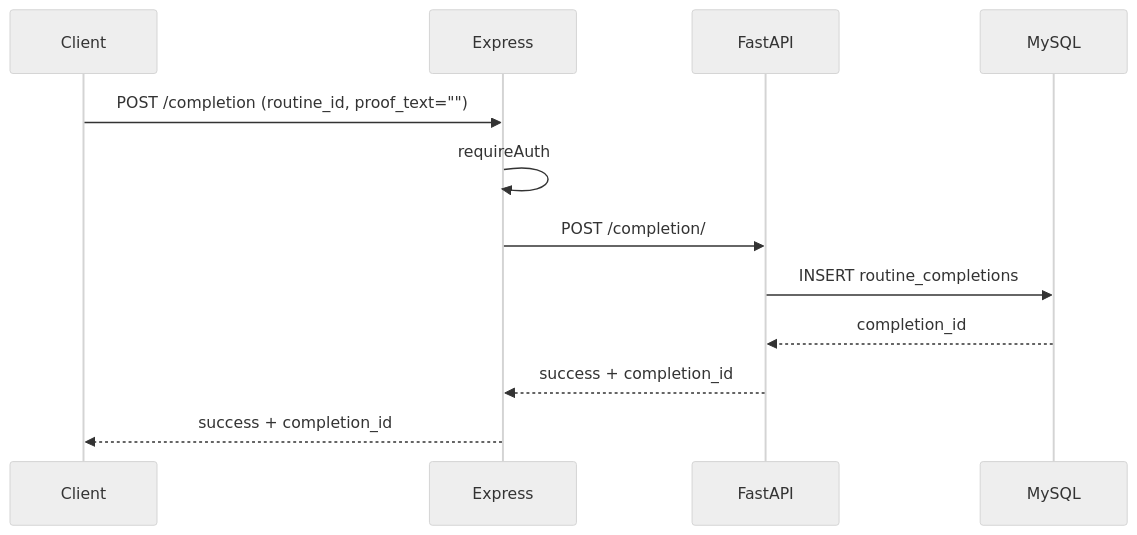
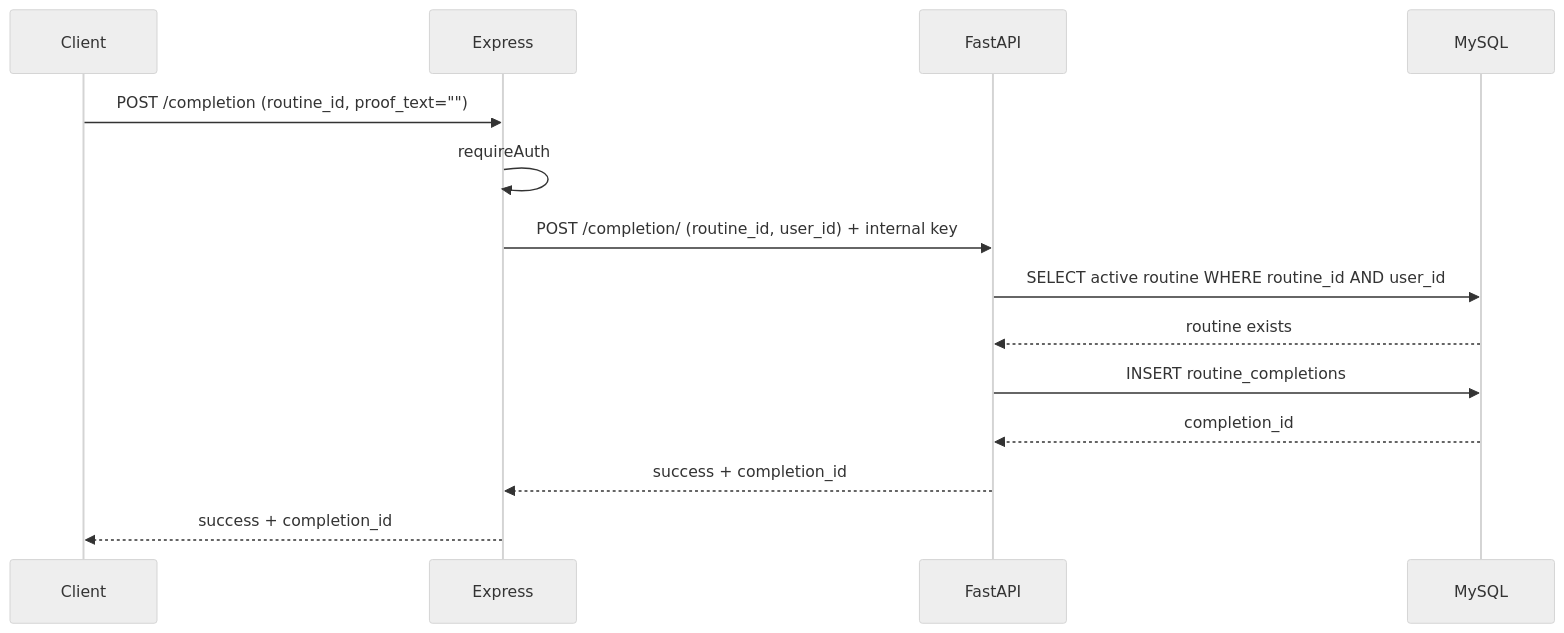
One commit to junseoja/capston changed the tenth of 16 diagrams in docs/architecture-overview.md. Above: the diagram before and after it, drawn with Mermaid (neutral theme). The commit also changed other lines of this file and 20 other files, not shown here.

````diff
--- a/docs/architecture-overview.md
+++ b/docs/architecture-overview.md
@@ -273,15 +378,17 @@
 ```mermaid
 sequenceDiagram
     participant C as Client
     participant E as Express
     participant F as FastAPI
     participant D as MySQL
 
     C->>E: POST /completion (routine_id, proof_text="")
     E->>E: requireAuth
-    E->>F: POST /completion/
+    E->>F: POST /completion/ (routine_id, user_id) + internal key
+    F->>D: SELECT active routine WHERE routine_id AND user_id
+    D-->>F: routine exists
     F->>D: INSERT routine_completions
     D-->>F: completion_id
     F-->>E: success + completion_id
     E-->>C: success + completion_id
 ```
````
